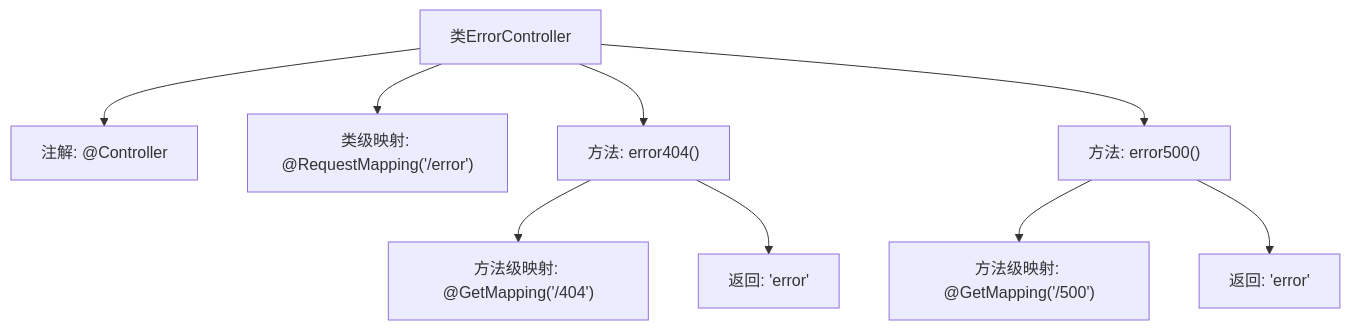
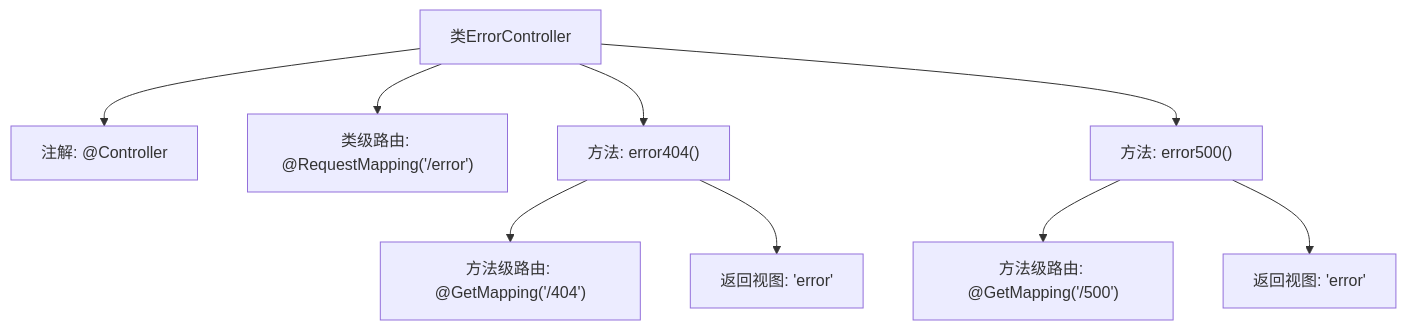
The second of 2 diagrams in docs/zh/docs/src/main/java/com/github/binarywang/demo/wx/miniapp/error/ErrorController.md (v-wjrong/binary_weixin-java-miniapp-demo), drawn with Mermaid before and after one commit. The commit also changed other lines of this file and 50 other files, not shown here.

````diff
--- a/docs/zh/docs/src/main/java/com/github/binarywang/demo/wx/miniapp/error/ErrorController.md
+++ b/docs/zh/docs/src/main/java/com/github/binarywang/demo/wx/miniapp/error/ErrorController.md
@@ -56,21 +50,21 @@
 ```mermaid
 graph TD
     A["类ErrorController"]
     B["注解: @Controller"]
-    C["类级映射: @RequestMapping('/error')"]
+    C["类级路由: @RequestMapping('/error')"]
     D["方法: error404()"]
-    E["方法级映射: @GetMapping('/404')"]
-    F["返回: 'error'"]
+    E["方法级路由: @GetMapping('/404')"]
+    F["返回视图: 'error'"]
     G["方法: error500()"]
-    H["方法级映射: @GetMapping('/500')"]
-    I["返回: 'error'"]
+    H["方法级路由: @GetMapping('/500')"]
+    I["返回视图: 'error'"]
 
     A --> B
     A --> C
     A --> D
     D --> E
     D --> F
     A --> G
     G --> H
     G --> I
 ```
````
